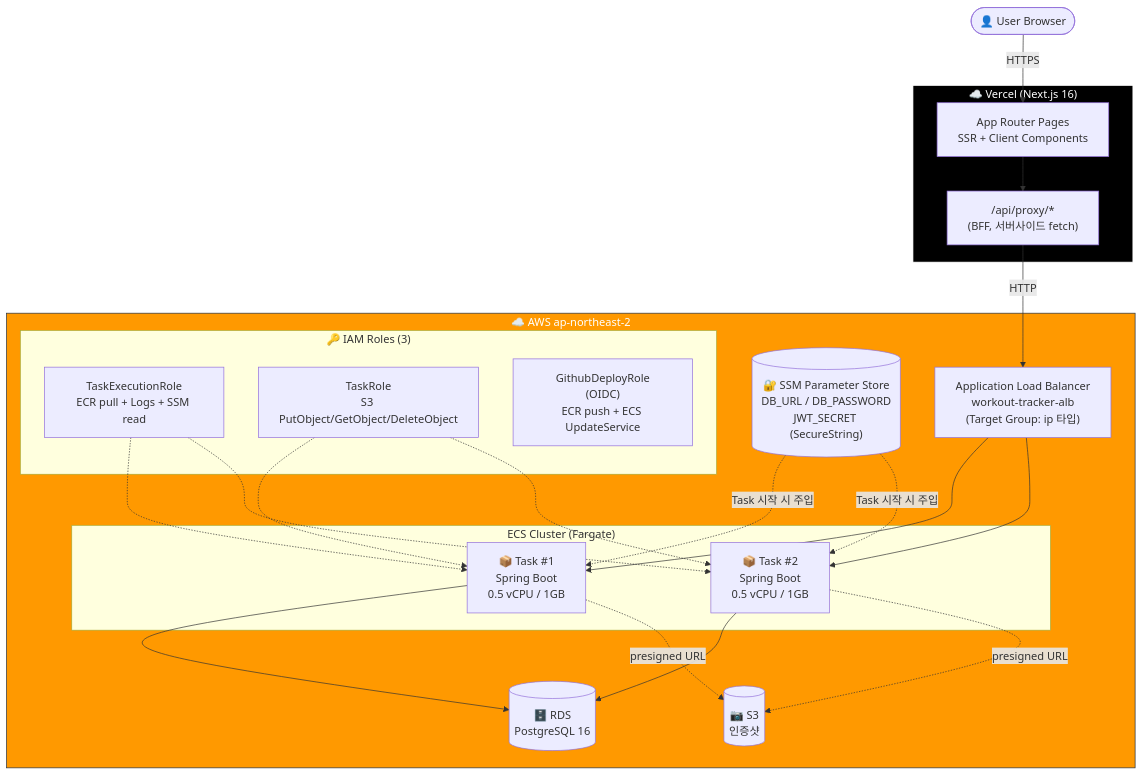
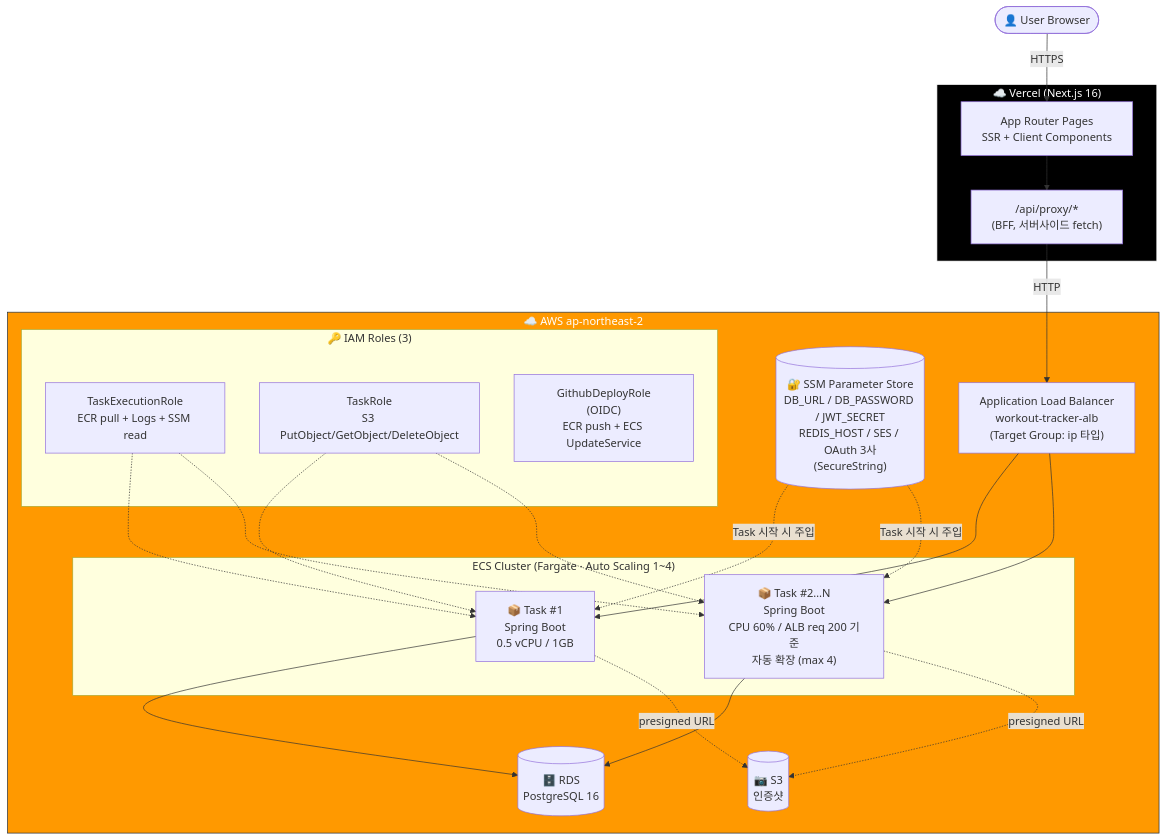
Before and after one commit to asdqweasdzxcasd/workout-tracker: the first of 3 diagrams in README.md, drawn with Mermaid. The commit also changed other lines of this file and 6 other files, not shown here.

````diff
--- a/README.md
+++ b/README.md
@@ -27,50 +27,50 @@
 ```mermaid
 flowchart TB
     User([👤 User Browser])
 
     subgraph Vercel["☁️ Vercel (Next.js 16)"]
         Pages["App Router Pages<br/>SSR + Client Components"]
         BFF["/api/proxy/*<br/>(BFF, 서버사이드 fetch)"]
         Pages --> BFF
     end
 
     subgraph AWS["☁️ AWS ap-northeast-2"]
         ALB["Application Load Balancer<br/>workout-tracker-alb<br/>(Target Group: ip 타입)"]
 
-        subgraph ECS["ECS Cluster (Fargate)"]
+        subgraph ECS["ECS Cluster (Fargate · Auto Scaling 1~4)"]
             Task1["📦 Task #1<br/>Spring Boot<br/>0.5 vCPU / 1GB"]
-            Task2["📦 Task #2<br/>Spring Boot<br/>0.5 vCPU / 1GB"]
+            Task2["📦 Task #2…N<br/>Spring Boot<br/>CPU 60% / ALB req 200 기준<br/>자동 확장 (max 4)"]
         end
 
         RDS[("🗄️ RDS<br/>PostgreSQL 16")]
         S3[("📷 S3<br/>인증샷")]
 
         subgraph IAM["🔑 IAM Roles (3)"]
             TER["TaskExecutionRole<br/>ECR pull + Logs + SSM read"]
             TR["TaskRole<br/>S3 PutObject/GetObject/DeleteObject"]
             GHA["GithubDeployRole<br/>(OIDC)<br/>ECR push + ECS UpdateService"]
         end
 
-        SSM[("🔐 SSM Parameter Store<br/>DB_URL / DB_PASSWORD<br/>JWT_SECRET (SecureString)")]
+        SSM[("🔐 SSM Parameter Store<br/>DB_URL / DB_PASSWORD / JWT_SECRET<br/>REDIS_HOST / SES / OAuth 3사<br/>(SecureString)")]
     end
 
     User -->|HTTPS| Pages
     BFF -->|HTTP| ALB
     ALB --> Task1
     ALB --> Task2
     Task1 --> RDS
     Task2 --> RDS
     Task1 -.->|presigned URL| S3
     Task2 -.->|presigned URL| S3
     TER -.-> Task1
     TER -.-> Task2
     TR -.-> Task1
     TR -.-> Task2
     SSM -.->|Task 시작 시 주입| Task1
     SSM -.->|Task 시작 시 주입| Task2
 
     classDef vercel fill:#000,stroke:#fff,color:#fff
     classDef aws fill:#FF9900,stroke:#232F3E,color:#fff
     class Vercel vercel
     class AWS aws
 ```
````
